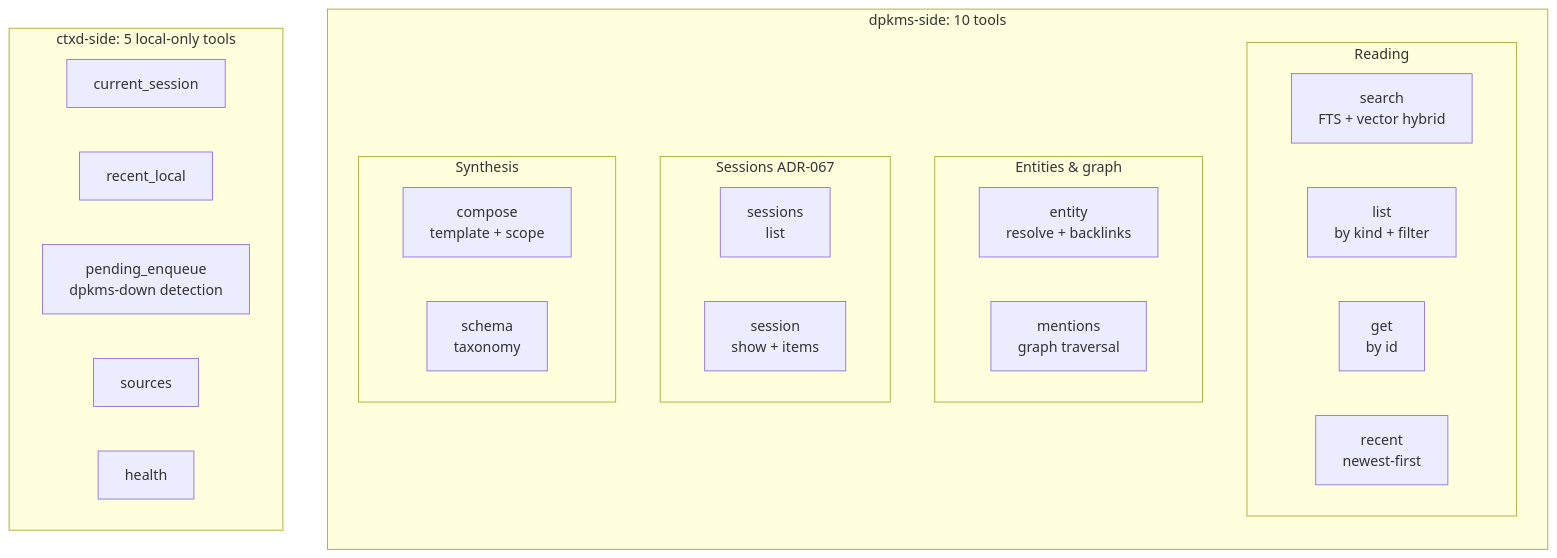
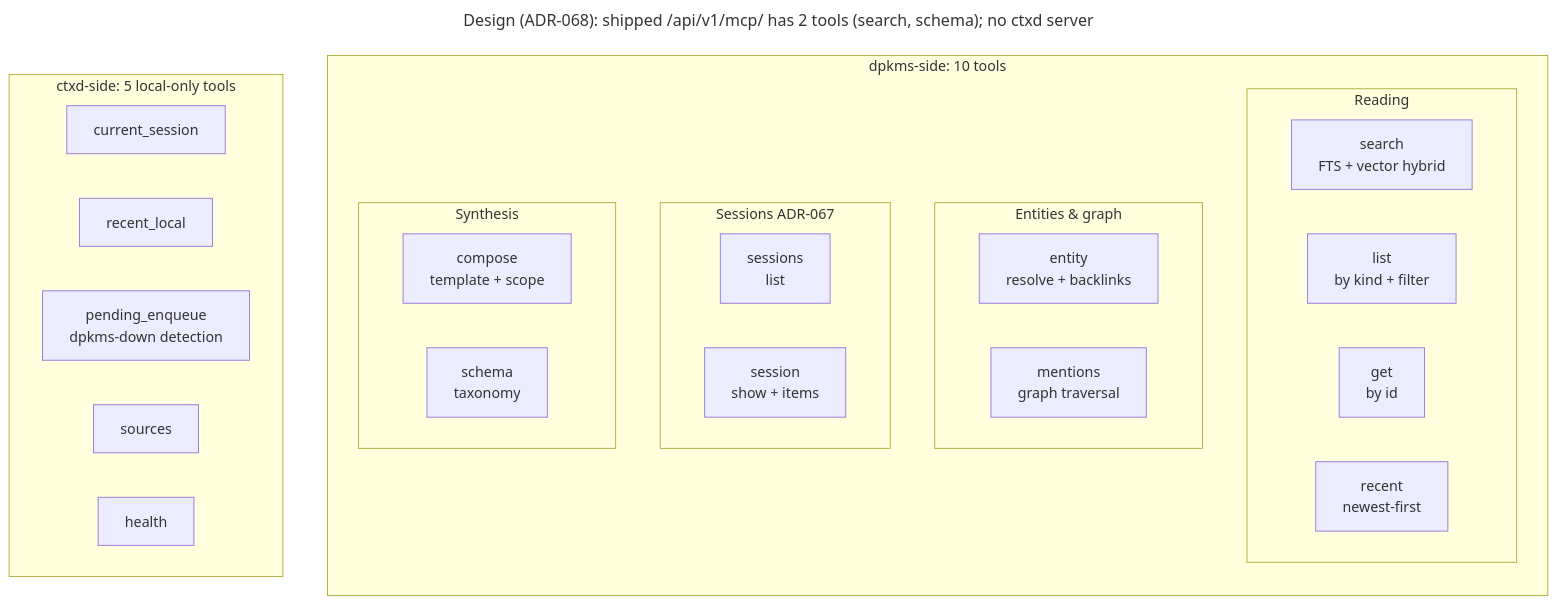
One commit to ContextHelp/ContextHelp changed the diagram in docs/diagrams/ambient/068-tool-surface.mmd. Above: the diagram before and after it, drawn with Mermaid. The commit also changed 17 other files, not shown here.

First line of the commit message:
docs(plugins): mark plugin examples and ambient diagrams as unbuilt design

````diff
--- a/docs/diagrams/ambient/068-tool-surface.mmd
+++ b/docs/diagrams/ambient/068-tool-surface.mmd
@@ -1,32 +1,35 @@
 ```mermaid
+---
+title: "Design (ADR-068): shipped /api/v1/mcp/ has 2 tools (search, schema); no ctxd server"
+---
 flowchart TB
     subgraph dpkms_tools["dpkms-side: 10 tools"]
         direction TB
         subgraph reading["Reading"]
             search[search<br/>FTS + vector hybrid]
             list[list<br/>by kind + filter]
             get[get<br/>by id]
             recent[recent<br/>newest-first]
         end
         subgraph entities["Entities & graph"]
             entity[entity<br/>resolve + backlinks]
             mentions[mentions<br/>graph traversal]
         end
         subgraph sessions_g["Sessions ADR-067"]
             sessions[sessions<br/>list]
             session[session<br/>show + items]
         end
         subgraph synth["Synthesis"]
             compose[compose<br/>template + scope]
             schema[schema<br/>taxonomy]
         end
     end
 
     subgraph ctxd_tools["ctxd-side: 5 local-only tools"]
         current[current_session]
         recent_local[recent_local]
         pending[pending_enqueue<br/>dpkms-down detection]
         sources[sources]
         health[health]
     end
 ```
````
